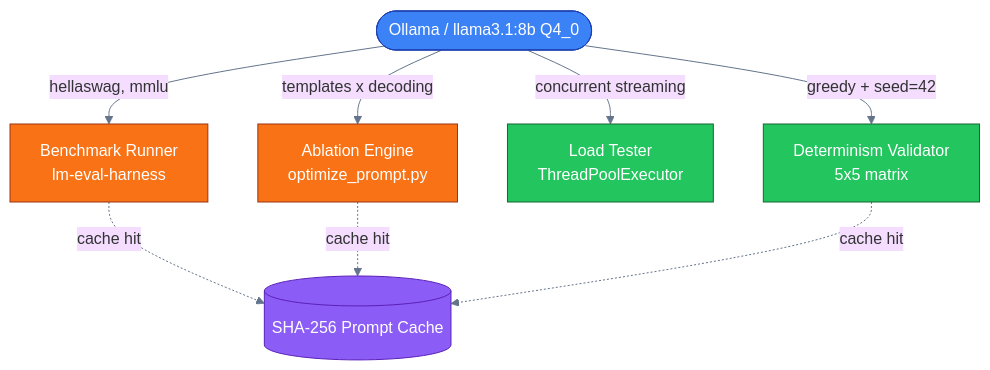
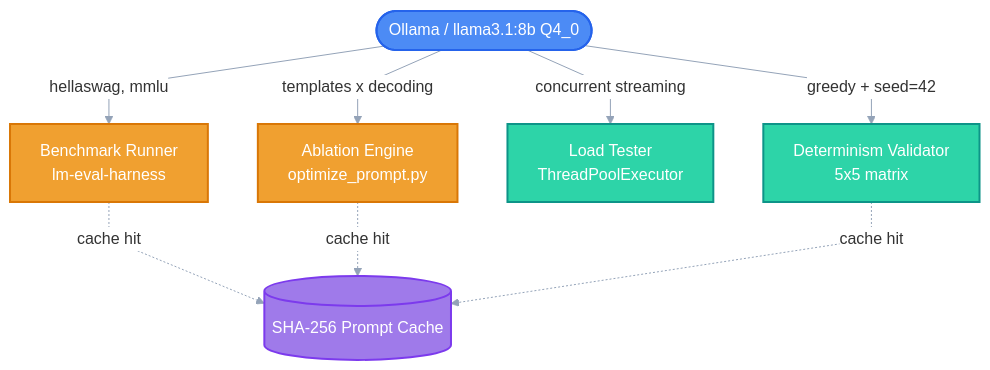
One commit to jameswniu/self-hosted-llm-evals-lab changed the diagram in README.md. Above: the diagram before and after it, drawn with Mermaid.

Commit message:
polish Mermaid diagram: refined palette + straight arrows
- Softer professional palette: steel blue, warm amber, teal, violet
- stroke-width:2px for crisper node borders
- curve:linear for straight arrow lines instead of curves
- edgeLabelBackground:#ffffff for clean label readability

````diff
--- a/README.md
+++ b/README.md
@@ -53,24 +53,24 @@
 ```mermaid
-%%{init: {'theme':'base', 'themeVariables': {'lineColor': '#64748b'}}}%%
+%%{init: {'theme':'base', 'themeVariables': {'lineColor': '#94a3b8', 'edgeLabelBackground': '#ffffff', 'clusterBkg': '#ffffff'}, 'flowchart': {'curve': 'linear'}}}%%
 flowchart TD
-    classDef blue fill:#3b82f6,stroke:#1e40af,color:#ffffff
-    classDef orange fill:#f97316,stroke:#9a3412,color:#ffffff
-    classDef green fill:#22c55e,stroke:#166534,color:#ffffff
-    classDef purple fill:#8b5cf6,stroke:#5b21b6,color:#ffffff
+    classDef serving fill:#4C8BF5,stroke:#2563EB,color:#ffffff,stroke-width:2px
+    classDef eval fill:#F0A030,stroke:#D97706,color:#ffffff,stroke-width:2px
+    classDef ops fill:#2DD4A8,stroke:#0D9488,color:#ffffff,stroke-width:2px
+    classDef cache fill:#9F7AEA,stroke:#7C3AED,color:#ffffff,stroke-width:2px
 
-    OL(["Ollama / llama3.1:8b Q4_0"]):::blue
-    BR["Benchmark Runner\nlm-eval-harness"]:::orange
-    AB["Ablation Engine\noptimize_prompt.py"]:::orange
-    LT["Load Tester\nThreadPoolExecutor"]:::green
-    DV["Determinism Validator\n5x5 matrix"]:::green
-    PC[("SHA-256 Prompt Cache")]:::purple
+    OL(["Ollama / llama3.1:8b Q4_0"]):::serving
+    BR["Benchmark Runner\nlm-eval-harness"]:::eval
+    AB["Ablation Engine\noptimize_prompt.py"]:::eval
+    LT["Load Tester\nThreadPoolExecutor"]:::ops
+    DV["Determinism Validator\n5x5 matrix"]:::ops
+    PC[("SHA-256 Prompt Cache")]:::cache
 
     OL -->|"hellaswag, mmlu"| BR
     OL -->|"templates x decoding"| AB
     OL -->|"concurrent streaming"| LT
     OL -->|"greedy + seed=42"| DV
 
     BR -.->|"cache hit"| PC
     AB -.->|"cache hit"| PC
     DV -.->|"cache hit"| PC
 ```
````
